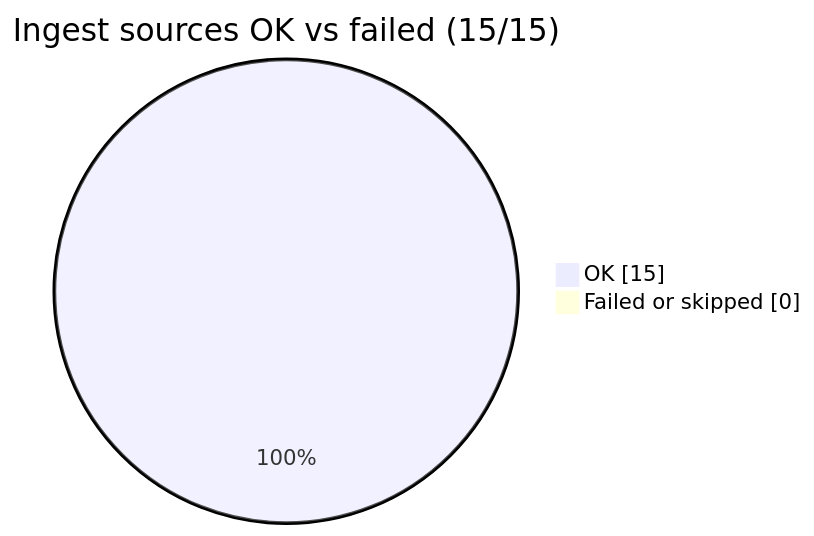
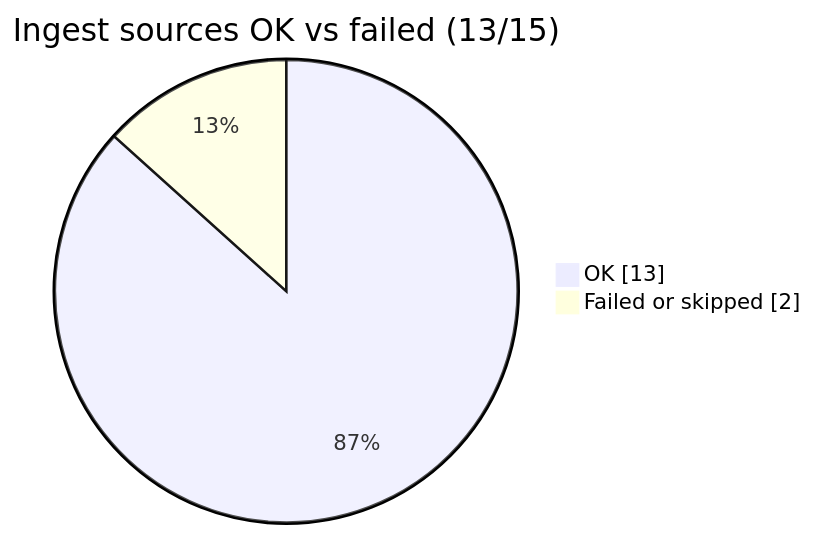
Before and after one commit to Midwest-Stratospheric/aerostratospheric-defense-gir: the third of 6 diagrams in docs/GRAPHS.md, drawn with Mermaid. The commit also changed other lines of this file and 21 other files, not shown here.

````diff
--- a/docs/GRAPHS.md
+++ b/docs/GRAPHS.md
@@ -37,6 +37,6 @@
 ```mermaid
 pie showData
-  title Ingest sources OK vs failed (15/15)
-  "OK" : 15
-  "Failed or skipped" : 0
+  title Ingest sources OK vs failed (13/15)
+  "OK" : 13
+  "Failed or skipped" : 2
 ```
````
